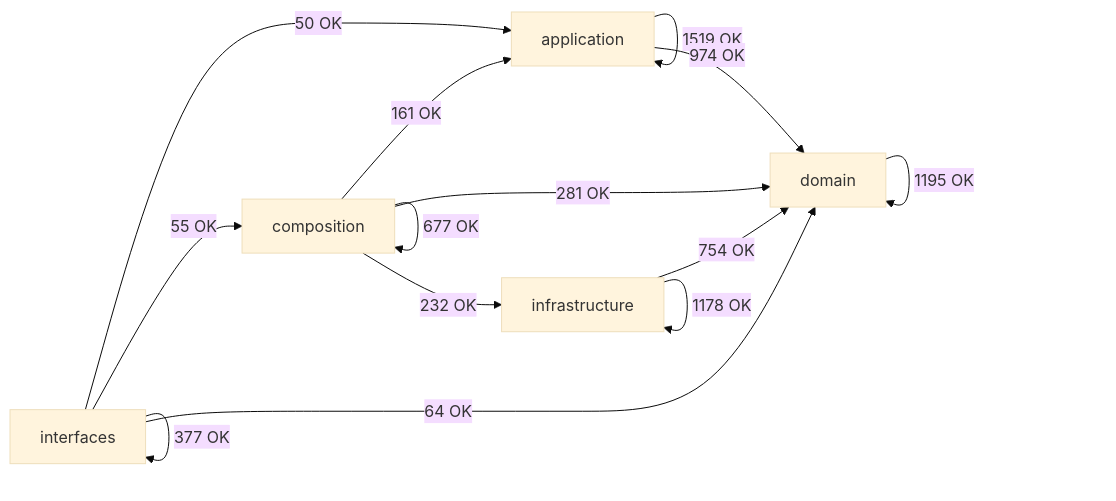
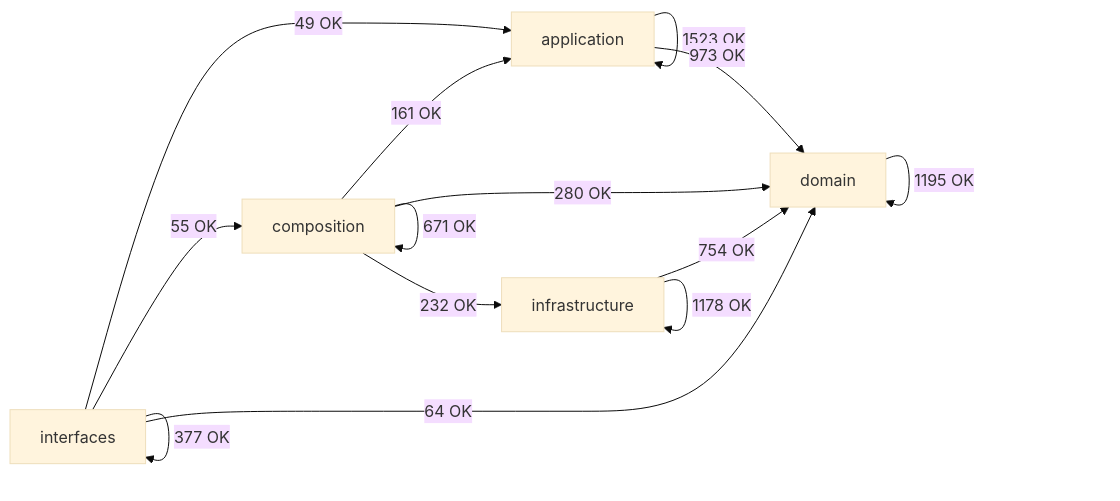
Before and after one commit to SatoryKono/BioactivityDataAcquisition: the diagram in docs/02-architecture/generated/module-dependency-map.md, drawn with Mermaid (base theme). The commit also changed other lines of this file and 45 other files, not shown here.

````diff
--- a/docs/02-architecture/generated/module-dependency-map.md
+++ b/docs/02-architecture/generated/module-dependency-map.md
@@ -17,21 +17,21 @@
 ```mermaid
 flowchart LR
     domain[domain]
     application[application]
     infrastructure[infrastructure]
     composition[composition]
     interfaces[interfaces]
-    application -->|1519 OK| application
-    application -->|974 OK| domain
+    application -->|1523 OK| application
+    application -->|973 OK| domain
     composition -->|161 OK| application
-    composition -->|677 OK| composition
-    composition -->|281 OK| domain
+    composition -->|671 OK| composition
+    composition -->|280 OK| domain
     composition -->|232 OK| infrastructure
     domain -->|1195 OK| domain
     infrastructure -->|754 OK| domain
     infrastructure -->|1178 OK| infrastructure
-    interfaces -->|50 OK| application
+    interfaces -->|49 OK| application
     interfaces -->|55 OK| composition
     interfaces -->|64 OK| domain
     interfaces -->|377 OK| interfaces
 ```
````
